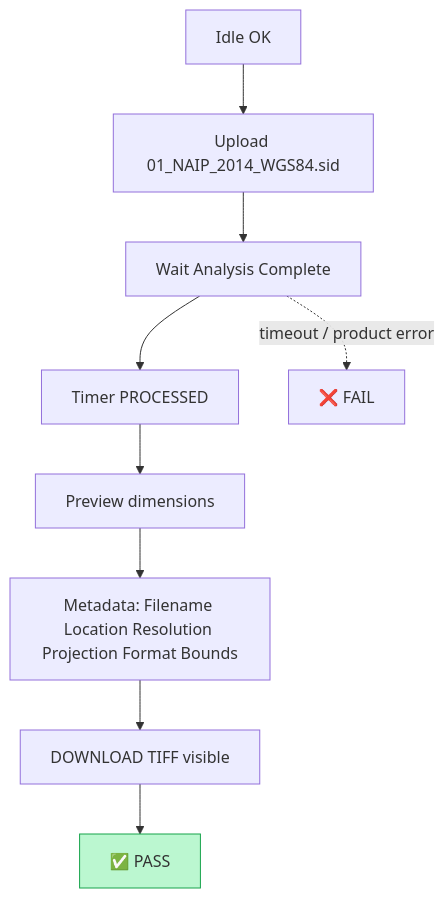
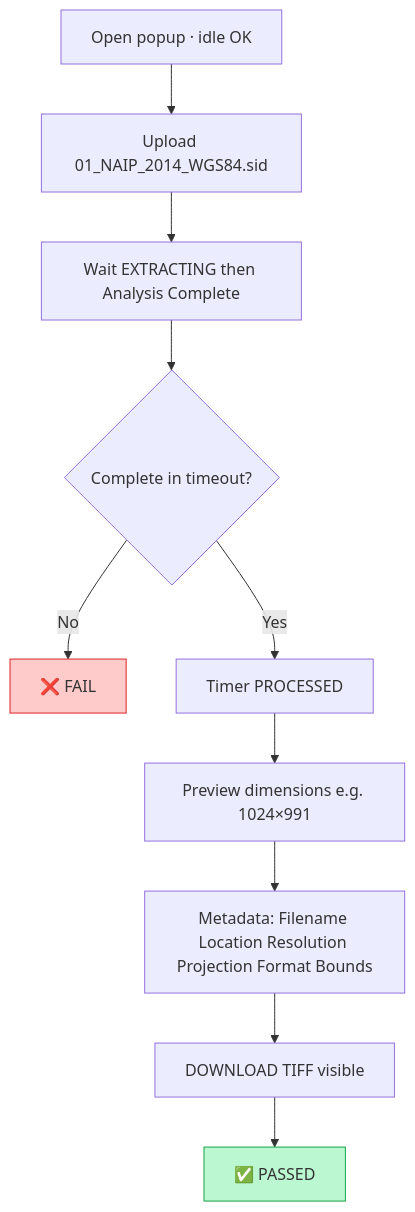
Before and after one commit to GeoWGS84-Testing/Mrsid-Extension: the tenth of 38 diagrams in README.md, drawn with Mermaid. The commit also changed other lines of this file, not shown here.

````diff
--- a/README.md
+++ b/README.md
@@ -377,13 +408,14 @@
 ```mermaid
 flowchart TD
-  A[Idle OK] --> B[Upload 01_NAIP_2014_WGS84.sid]
-  B --> C[Wait Analysis Complete]
-  C --> D[Timer PROCESSED]
-  D --> E[Preview dimensions]
-  E --> F[Metadata: Filename Location Resolution Projection Format Bounds]
-  F --> G[DOWNLOAD TIFF visible]
-  G --> P[✅ PASS]
-  C -.->|timeout / product error| X[❌ FAIL]
-
+  A[Open popup · idle OK] --> B[Upload 01_NAIP_2014_WGS84.sid]
+  B --> C[Wait EXTRACTING then Analysis Complete]
+  C --> D{Complete in timeout?}
+  D -->|No| X[❌ FAIL]
+  D -->|Yes| E[Timer PROCESSED]
+  E --> F[Preview dimensions e.g. 1024×991]
+  F --> G[Metadata: Filename Location Resolution Projection Format Bounds]
+  G --> H[DOWNLOAD TIFF visible]
+  H --> P[✅ PASSED]
   style P fill:#bbf7d0,stroke:#16a34a
+  style X fill:#fecaca,stroke:#dc2626
 ```
````
